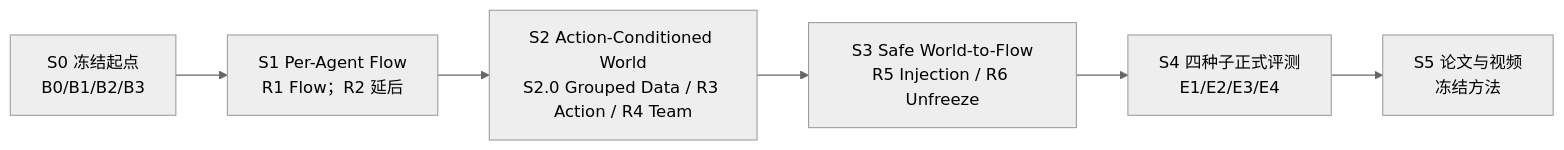
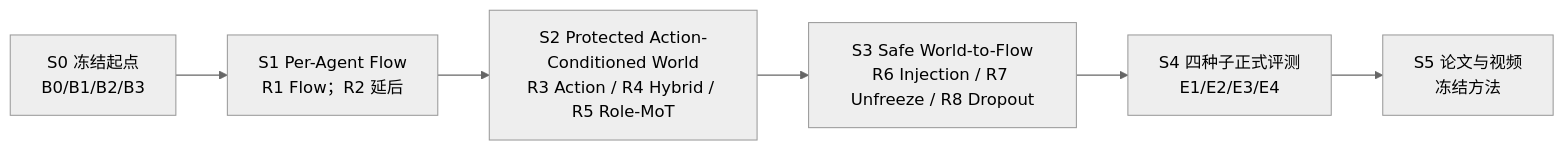
One commit to Jeong-zju/before-we-act changed the first of 2 diagrams in docs/plans/20260725_P1_MULTI_ROBOT_MODEL_ARCHITECTURE_ACTION_GENERATION_ROADMAP_V2.0_ZH.md. Above: the diagram before and after it, drawn with Mermaid (neutral theme). The commit also changed other lines of this file, not shown here.

Commit message:
docs: record S2 R4 hybrid diagnostic

````diff
--- a/docs/plans/20260725_P1_MULTI_ROBOT_MODEL_ARCHITECTURE_ACTION_GENERATION_ROADMAP_V2.0_ZH.md
+++ b/docs/plans/20260725_P1_MULTI_ROBOT_MODEL_ARCHITECTURE_ACTION_GENERATION_ROADMAP_V2.0_ZH.md
@@ -175,11 +176,11 @@
 ```mermaid
 flowchart LR
     S0["S0 冻结起点<br/>B0/B1/B2/B3"]
     S1["S1 Per-Agent Flow<br/>R1 Flow；R2 延后"]
-    S2["S2 Action-Conditioned World<br/>S2.0 Grouped Data / R3 Action / R4 Team"]
-    S3["S3 Safe World-to-Flow<br/>R5 Injection / R6 Unfreeze"]
+    S2["S2 Protected Action-Conditioned World<br/>R3 Action / R4 Hybrid / R5 Role-MoT"]
+    S3["S3 Safe World-to-Flow<br/>R6 Injection / R7 Unfreeze / R8 Dropout"]
     S4["S4 四种子正式评测<br/>E1/E2/E3/E4"]
     S5["S5 论文与视频<br/>冻结方法"]
 
     S0 --> S1 --> S2 --> S3 --> S4 --> S5
 ```
````
